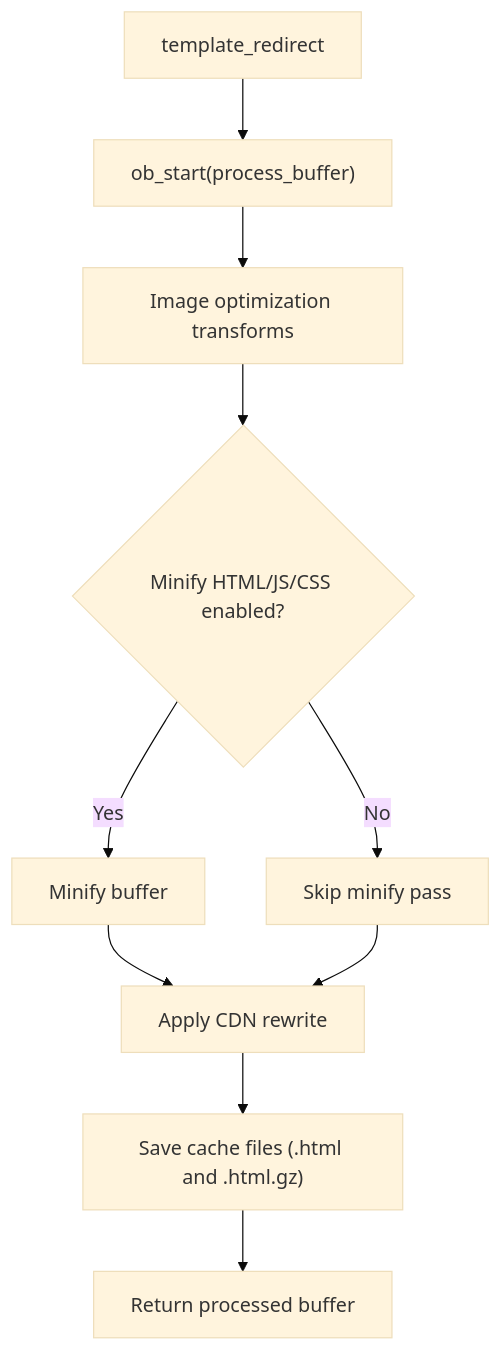
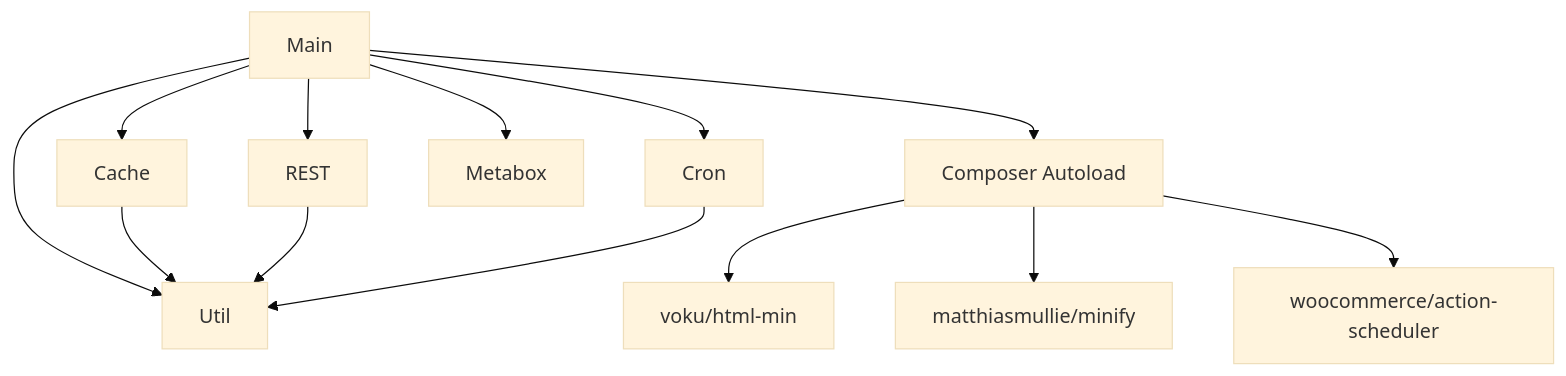
The fifth of 5 diagrams in .qoder/repowiki/en/content/Core Architecture/Plugin Initialization.md (nilesh32236/performance-optimisation), drawn with Mermaid (base theme) before and after one commit. The commit also changed other lines of this file and 46 other files, not shown here.

````diff
--- a/.qoder/repowiki/en/content/Core Architecture/Plugin Initialization.md
+++ b/.qoder/repowiki/en/content/Core Architecture/Plugin Initialization.md
@@ -357,12 +288,15 @@
 ```mermaid
-flowchart TD
-A["template_redirect"] --> B["ob_start(process_buffer)"]
-B --> C["Image optimization transforms"]
-C --> D{"Minify HTML/JS/CSS enabled?"}
-D --> |Yes| E["Minify buffer"]
-D --> |No| F["Skip minify pass"]
-E --> G["Apply CDN rewrite"]
-F --> G
-G --> H["Save cache files (.html and .html.gz)"]
-H --> I["Return processed buffer"]
+graph TB
+A["Main"] --> B["Cache"]
+A --> C["REST"]
+A --> D["Cron"]
+A --> E["Metabox"]
+A --> F["Util"]
+B --> F
+C --> F
+D --> F
+A --> G["Composer Autoload"]
+G --> H["voku/html-min"]
+G --> I["matthiasmullie/minify"]
+G --> J["woocommerce/action-scheduler"]
 ```
````
